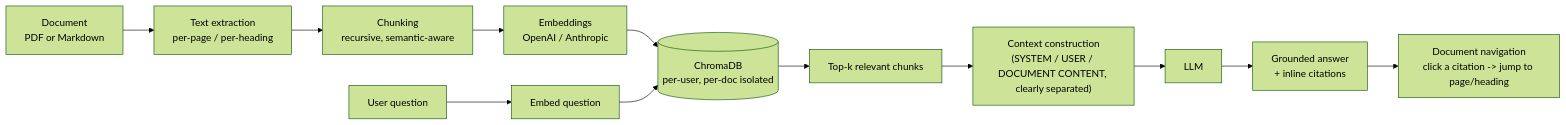
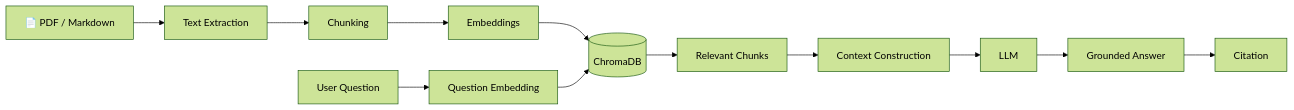
Before and after one commit to Devputta/Open-Sourec--Project-Zip-files: the second of 5 diagrams in README.md, drawn with Mermaid (forest theme). The commit also changed other lines of this file, not shown here.

````diff
--- a/README.md
+++ b/README.md
@@ -84,14 +107,31 @@
 ```mermaid
 flowchart LR
-    A[Document\nPDF or Markdown] --> B[Text extraction\nper-page / per-heading]
-    B --> C[Chunking\nrecursive, semantic-aware]
-    C --> D[Embeddings\nOpenAI / Anthropic]
-    D --> E[(ChromaDB\nper-user, per-doc isolated)]
-    F[User question] --> G[Embed question]
-    G --> E
-    E --> H[Top-k relevant chunks]
-    H --> I["Context construction\n(SYSTEM / USER / DOCUMENT CONTENT, clearly separated)"]
-    I --> J[LLM]
-    J --> K[Grounded answer\n+ inline citations]
-    K --> L[Document navigation\nclick a citation -> jump to page/heading]
+
+    A[📄 PDF / Markdown]
+    B[Text Extraction]
+    C[Chunking]
+    D[Embeddings]
+    E[(ChromaDB)]
+
+    Q[User Question]
+    QE[Question Embedding]
+
+    R[Relevant Chunks]
+    CTX[Context Construction]
+    LLM[LLM]
+    ANS[Grounded Answer]
+    CIT[Citation]
+
+    A --> B
+    B --> C
+    C --> D
+    D --> E
+
+    Q --> QE
+    QE --> E
+    E --> R
+    R --> CTX
+    CTX --> LLM
+    LLM --> ANS
+    ANS --> CIT
 ```
````
